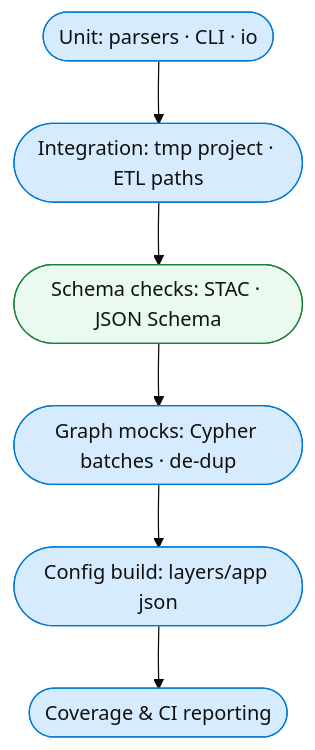
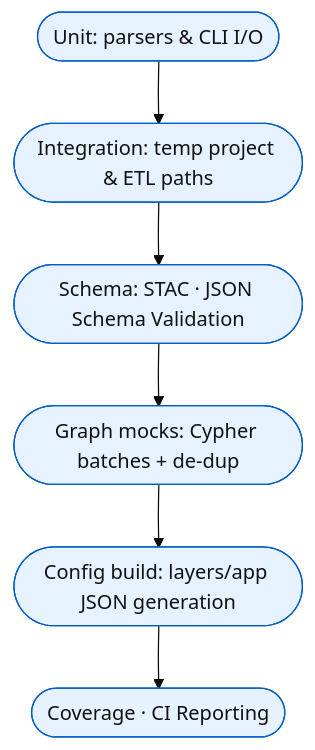
One commit to bartytime4life/Kansas-Frontier-Matrix changed the diagram in tests/README.md. Above: the diagram before and after it, drawn with Mermaid (base theme). The commit also changed other lines of this file, not shown here.

````diff
--- a/tests/README.md
+++ b/tests/README.md
@@ -56,12 +89,10 @@
 ```mermaid
 flowchart TD
-  A([Unit: parsers · CLI · io]) --> B([Integration: tmp project · ETL paths])
-  B --> C([Schema checks: STAC · JSON Schema])
-  C --> D([Graph mocks: Cypher batches · de-dup])
-  D --> E([Config build: layers/app json])
-  E --> F([Coverage & CI reporting])
-
-  classDef s fill:#d7ebff,stroke:#0078d4,color:#111;
-  classDef v fill:#eafaf1,stroke:#1a7f37,color:#111;
-  class A,B s; class C v; class D,E,F s;
+  A([Unit: parsers & CLI I/O]) --> B([Integration: temp project & ETL paths])
+  B --> C([Schema: STAC · JSON Schema Validation])
+  C --> D([Graph mocks: Cypher batches + de-dup])
+  D --> E([Config build: layers/app JSON generation])
+  E --> F([Coverage · CI Reporting])
+  classDef step fill:#e6f2ff,stroke:#005cc5,color:#111;
+  class A,B,C,D,E,F step;
 ```
````
